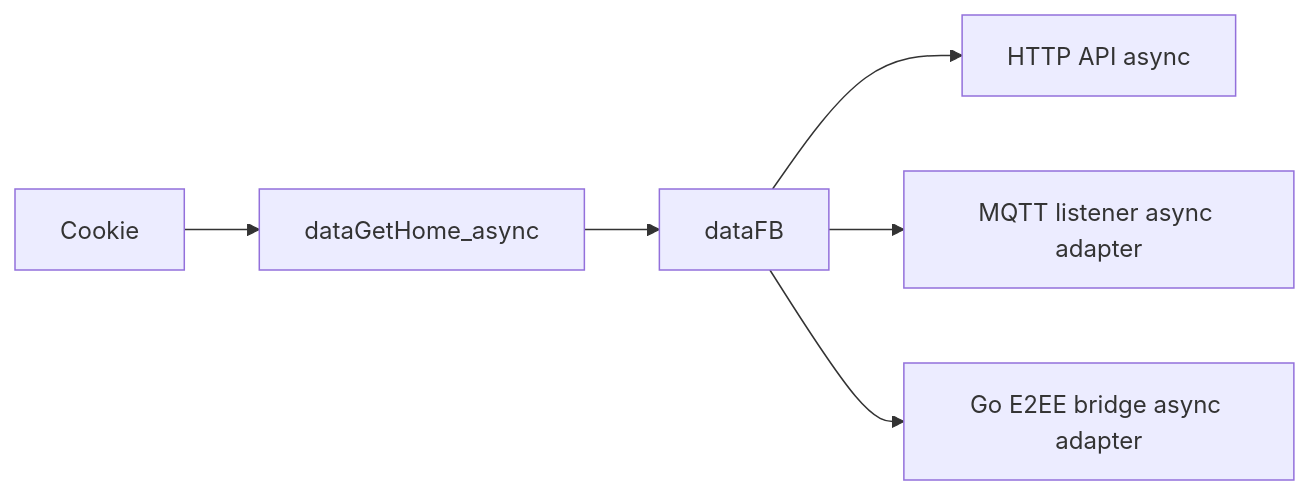
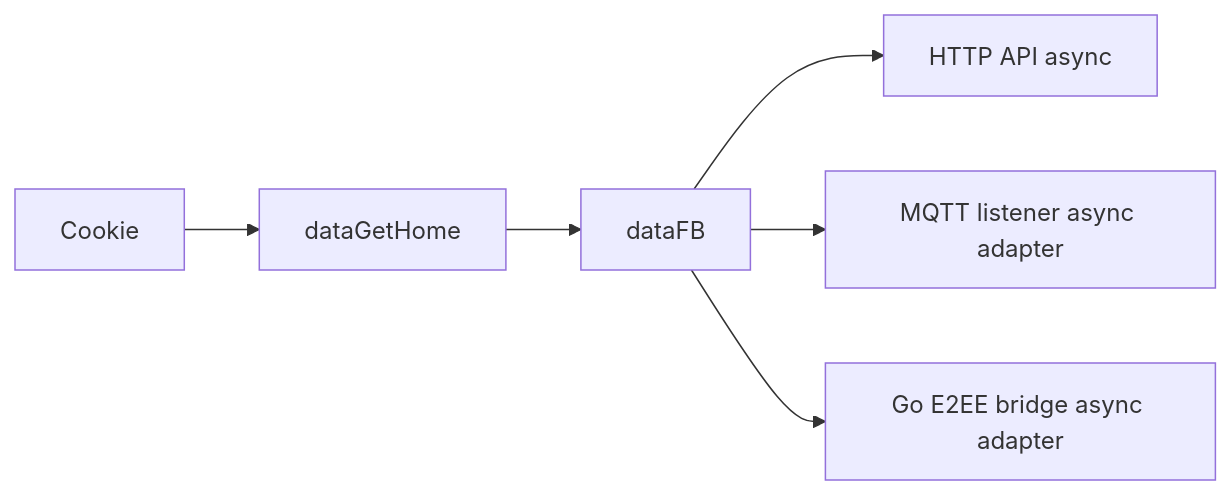
One commit to m008v/fbchat-v2 changed the diagram in README.md. Above: the diagram before and after it, drawn with Mermaid. The commit also changed other lines of this file and 49 other files, not shown here.

````diff
--- a/README.md
+++ b/README.md
@@ -163,8 +163,8 @@
 ```mermaid
 flowchart LR
-    A[Cookie] --> B[dataGetHome_async]
+    A[Cookie] --> B[dataGetHome]
     B --> C[dataFB]
     C --> D[HTTP API async]
     C --> E[MQTT listener async adapter]
     C --> F[Go E2EE bridge async adapter]
 ```
````
